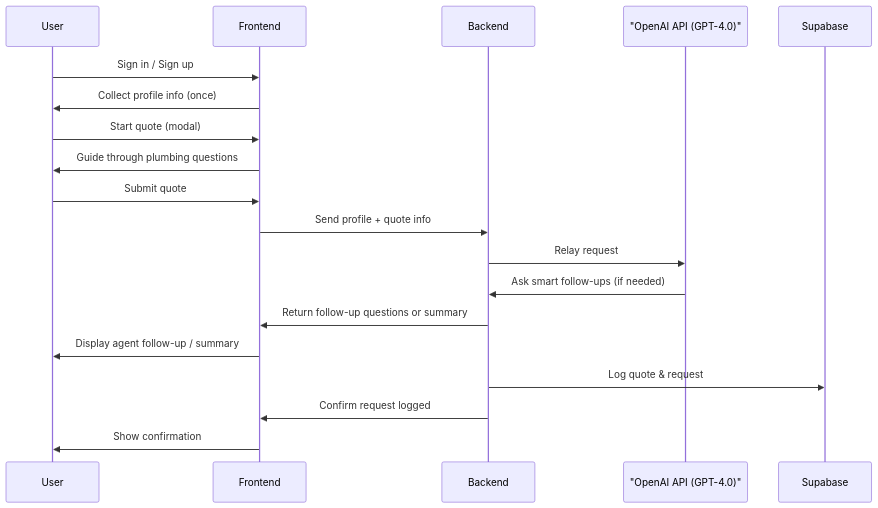
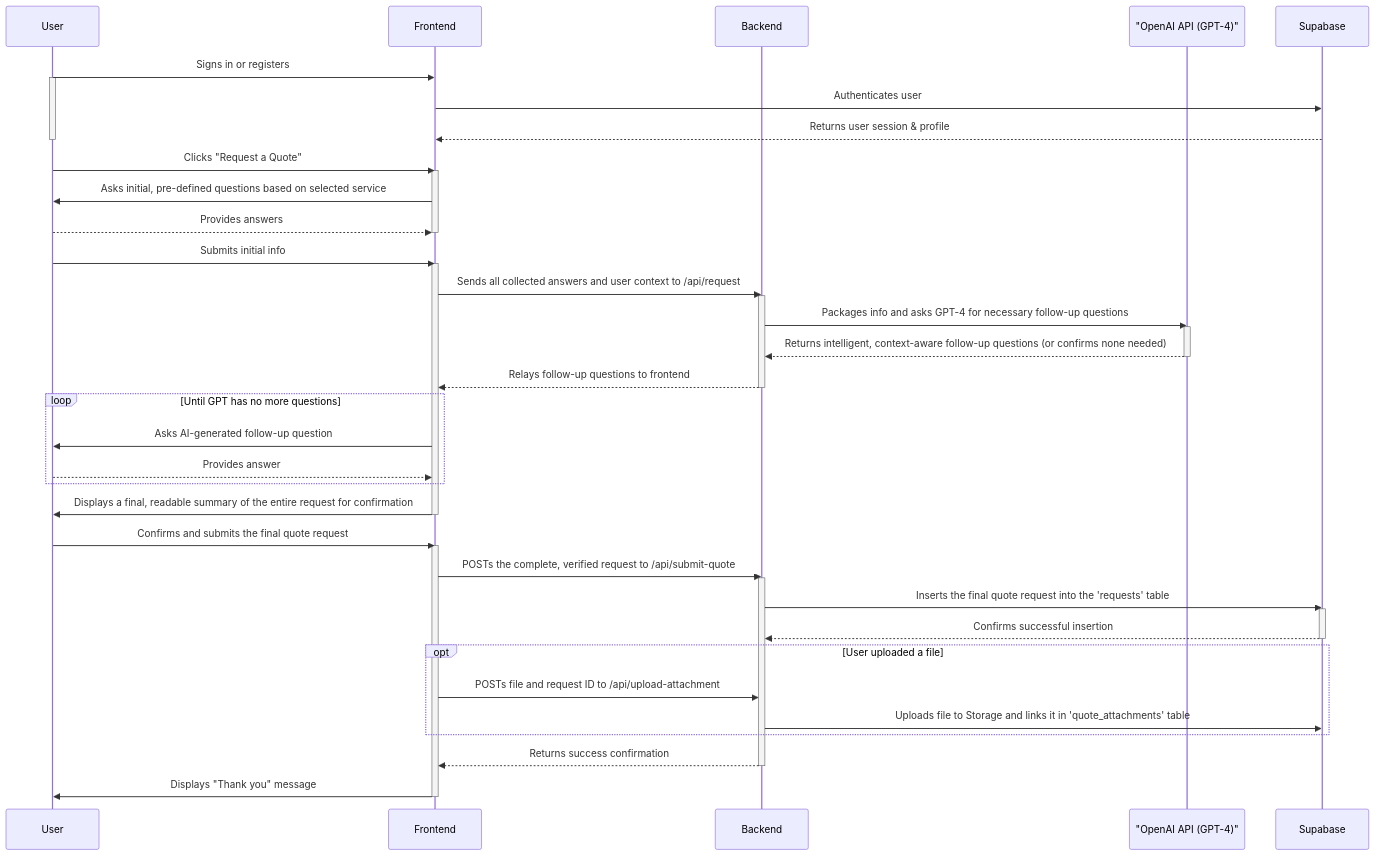
One commit to richfrem/PlumbingPoC changed the diagram in README.md. Above: the diagram before and after it, drawn with Mermaid. The commit also changed other lines of this file and 28 other files, not shown here.

Commit message:
working request display page with image preview

````diff
--- a/README.md
+++ b/README.md
@@ -25,22 +103,58 @@
 ```mermaid
 sequenceDiagram
-   participant User
-   participant Frontend
-   participant Backend
-   participant OpenAI_API as "OpenAI API (GPT-4.0)"
-   participant Supabase
+    participant User
+    participant Frontend
+    participant Backend
+    participant OpenAI_API as "OpenAI API (GPT-4)"
+    participant Supabase
 
-   User->>Frontend: Sign in / Sign up
-   Frontend->>User: Collect profile info (once)
-   User->>Frontend: Start quote (modal)
-   Frontend->>User: Guide through plumbing questions
-   User->>Frontend: Submit quote
-   Frontend->>Backend: Send profile + quote info
-   Backend->>OpenAI_API: Relay request
-   OpenAI_API->>Backend: Ask smart follow-ups (if needed)
-   Backend->>Frontend: Return follow-up questions or summary
-   Frontend->>User: Display agent follow-up / summary
-   Backend->>Supabase: Log quote & request
-   Backend->>Frontend: Confirm request logged
-   Frontend->>User: Show confirmation
+    User->>Frontend: Signs in or registers
+    activate User
+    Frontend->>Supabase: Authenticates user
+    Supabase-->>Frontend: Returns user session & profile
+    deactivate User
+
+    User->>Frontend: Clicks "Request a Quote"
+    activate Frontend
+    Frontend->>User: Asks initial, pre-defined questions based on selected service
+    User-->>Frontend: Provides answers
+    deactivate Frontend
+
+    User->>Frontend: Submits initial info
+    activate Frontend
+    Frontend->>Backend: Sends all collected answers and user context to /api/request
+    activate Backend
+    Backend->>OpenAI_API: Packages info and asks GPT-4 for necessary follow-up questions
+    activate OpenAI_API
+    OpenAI_API-->>Backend: Returns intelligent, context-aware follow-up questions (or confirms none needed)
+    deactivate OpenAI_API
+    Backend-->>Frontend: Relays follow-up questions to frontend
+    deactivate Backend
+    
+    loop Until GPT has no more questions
+        Frontend->>User: Asks AI-generated follow-up question
+        User-->>Frontend: Provides answer
+    end
+    
+    Frontend->>User: Displays a final, readable summary of the entire request for confirmation
+    deactivate Frontend
+
+    User->>Frontend: Confirms and submits the final quote request
+    activate Frontend
+    Frontend->>Backend: POSTs the complete, verified request to /api/submit-quote
+    activate Backend
+    Backend->>Supabase: Inserts the final quote request into the 'requests' table
+    activate Supabase
+    Supabase-->>Backend: Confirms successful insertion
+    deactivate Supabase
+    
+    opt User uploaded a file
+        Frontend->>Backend: POSTs file and request ID to /api/upload-attachment
+        Backend->>Supabase: Uploads file to Storage and links it in 'quote_attachments' table
+    end
+
+    Backend-->>Frontend: Returns success confirmation
+    deactivate Backend
+    Frontend->>User: Displays "Thank you" message
+    deactivate Frontend
 ```
````
